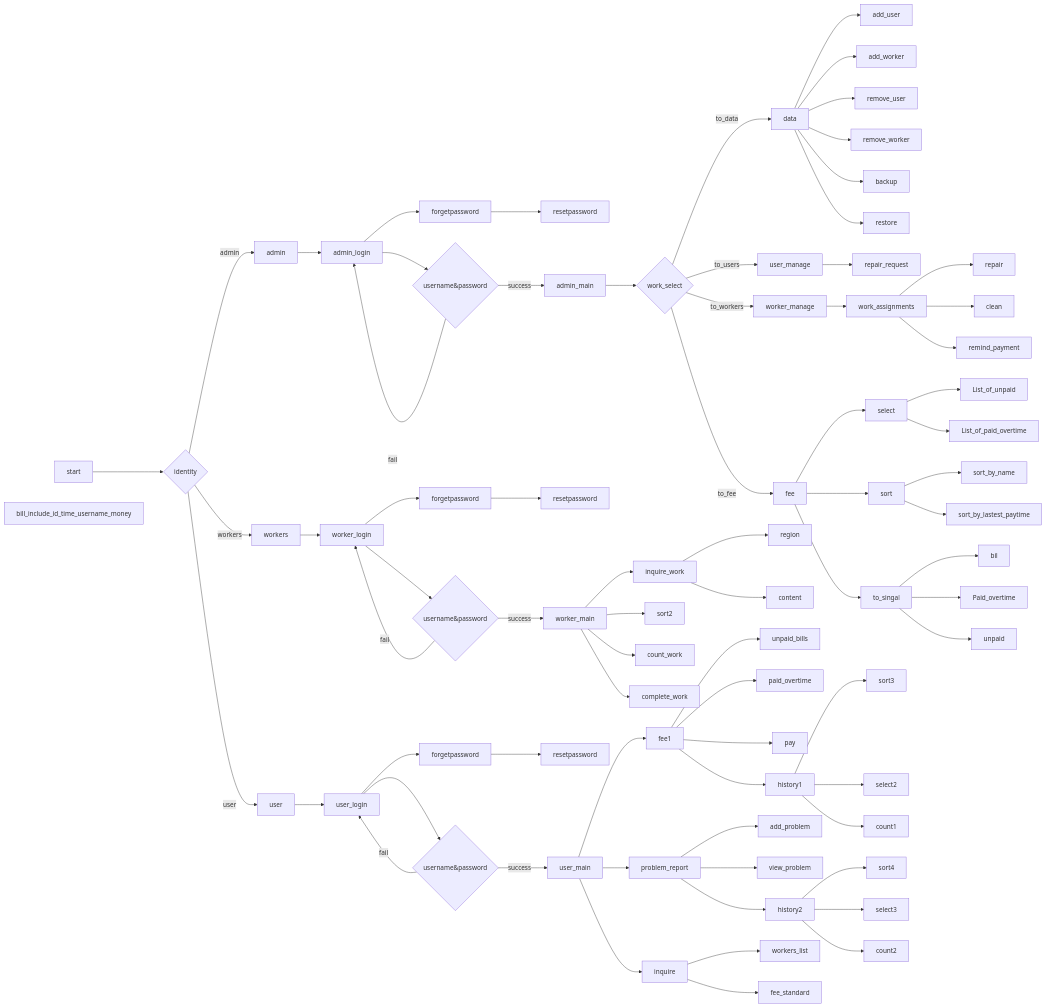
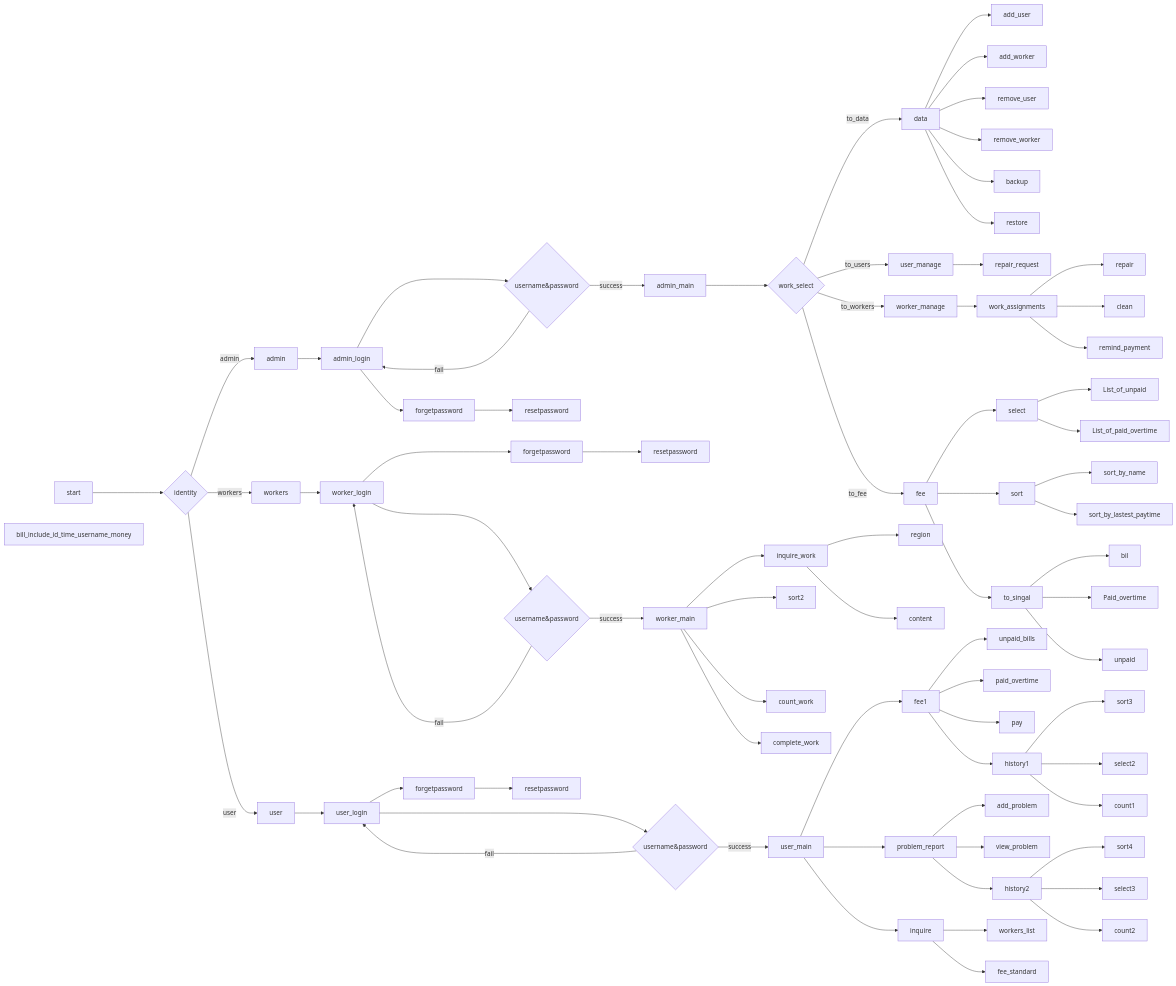
The diagram in flowchart.md (Rushyoung/properties_management), drawn with Mermaid before and after one commit.

Commit message:
doc: beautify flowchart.md

````diff
--- a/flowchart.md
+++ b/flowchart.md
@@ -1,80 +1,80 @@
 ```mermaid
 graph LR
 start --> choose{identity}
 choose --> |admin| admin
 choose --> |user| user
 choose --> |workers| workers
 
 admin --> admin_login
-admin_login --> verify1{username&password}
+admin_login ---> verify1{username&password}
 admin_login --> forget1[forgetpassword]
 forget1 --> reset1[resetpassword]
 verify1 --> |success| admin_main
-verify1 --> |fail| admin_login
+verify1 --fail--> admin_login
 admin_main --> work_select1{work_select}
 work_select1 --> |to_users| user_manage
 work_select1 --> |to_workers| worker_manage
 work_select1 --> |to_fee| fee
 work_select1 --> |to_data| data
 data --> add_user
 data --> add_worker
 data --> remove_user
 data --> remove_worker
 data --> backup
 data --> restore
 user_manage --> repair_request
 fee --> select
 fee --> sort
 fee --> to_singal
 select --> List_of_unpaid
 select --> List_of_paid_overtime
 sort --> sort_by_name
 sort --> sort_by_lastest_paytime
 to_singal --> bil
 to_singal --> Paid_overtime
 to_singal --> unpaid
 worker_manage --> work_assignments
 work_assignments --> repair
 work_assignments --> clean
 work_assignments --> remind_payment
 
 workers -->worker_login
-worker_login --> verify2{username&password}
-worker_login --> forget2[forgetpassword]
+worker_login ---> verify2{username&password}
+worker_login ---> forget2[forgetpassword]
 forget2 --> reset2[resetpassword]
 verify2 --> |success| worker_main
 verify2 --> |fail| worker_login
 worker_main --> inquire_work
 worker_main --> sort2
 worker_main --> count_work
 worker_main --> complete_work
 inquire_work --> region
 inquire_work --> content
 
 user --> user_login
 user_login --> verify3{username&password}
 user_login --> forget3[forgetpassword]
 forget3 --> reset3[resetpassword]
 verify3 --> |success| user_main
-verify3 --> |fail| user_login
+verify3 ----> |fail| user_login
 user_main --> fee1
 user_main --> problem_report
 user_main --> inquire
 fee1 --> unpaid_bills
 fee1 --> paid_overtime
 fee1 --> pay
 fee1 --> history1
 history1 --> sort3
 history1 --> select2
 history1 --> count1
 problem_report --> add_problem
 problem_report --> view_problem
 problem_report --> history2
 history2 --> sort4
 history2 --> select3
 history2 --> count2
 inquire --> workers_list
 inquire --> fee_standard
 
 bill_include_id_time_username_money
 ```
````
